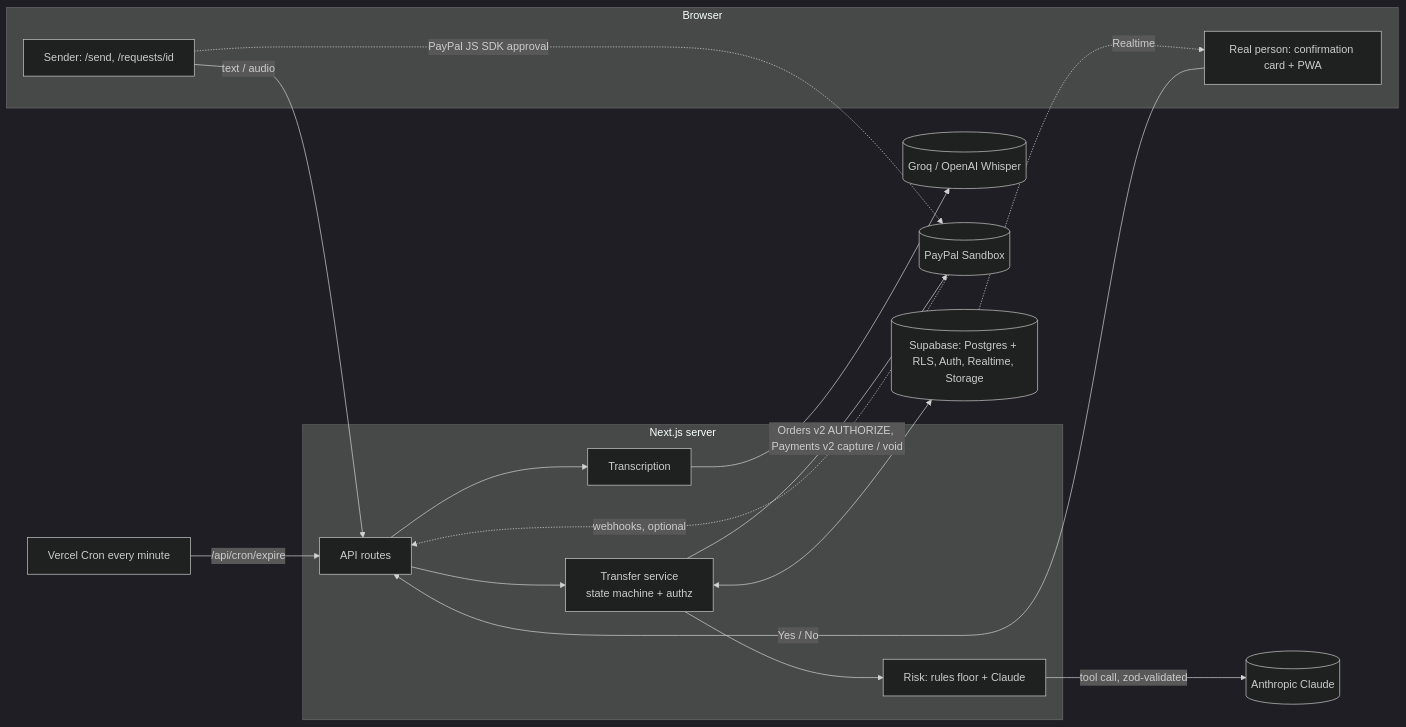
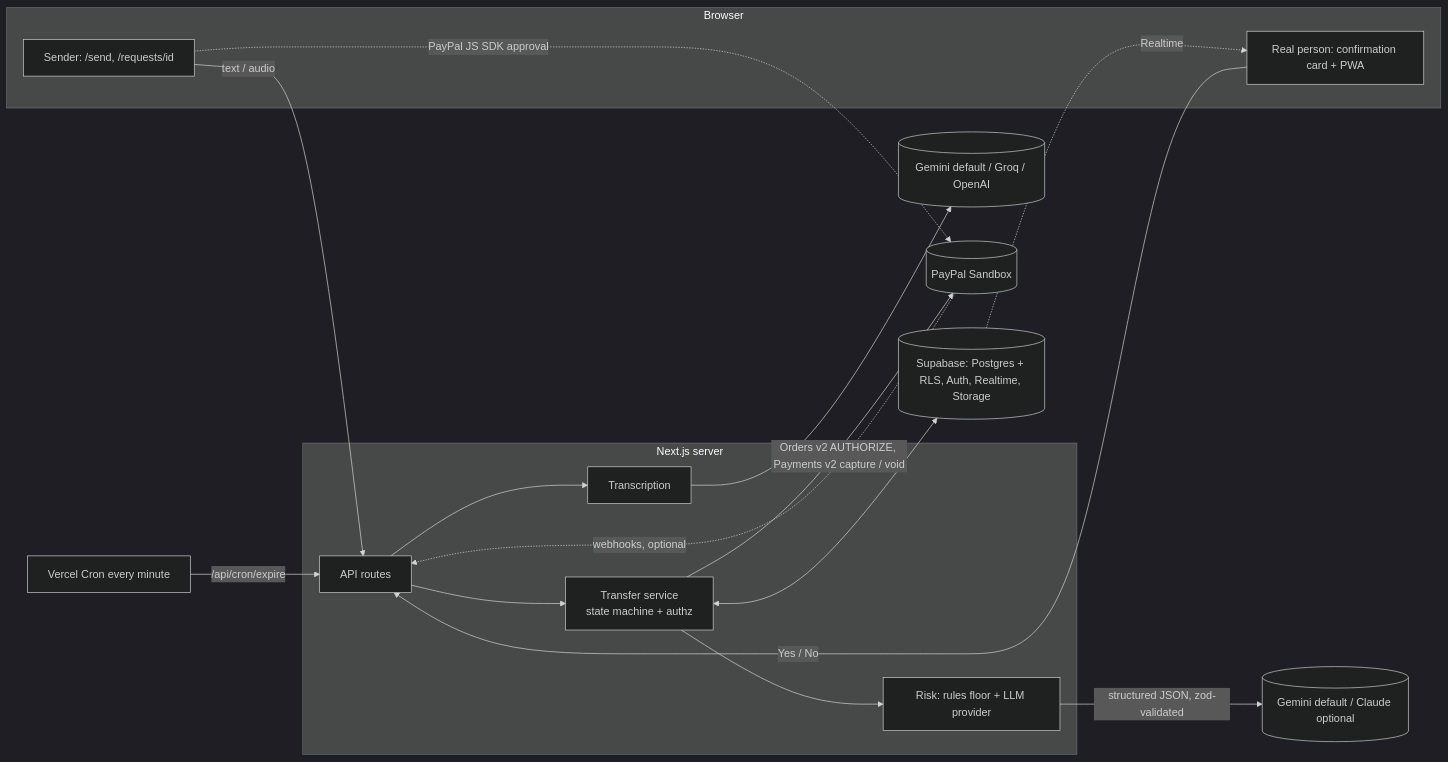
The diagram in README.md (breakthrough-child/kinproof), drawn with Mermaid (dark theme) before and after one commit. The commit also changed other lines of this file and 22 other files, not shown here.

First line of the commit message:
Provider-agnostic AI layer: Gemini (default) + Anthropic, Gemini transcription

````diff
--- a/README.md
+++ b/README.md
@@ -36,25 +36,25 @@
 ```mermaid
 flowchart LR
   subgraph Browser
     S[Sender: /send, /requests/id]
     R[Real person: confirmation card + PWA]
   end
   subgraph Next.js server
     API[API routes]
     SVC[Transfer service<br/>state machine + authz]
-    RISK[Risk: rules floor + Claude]
+    RISK[Risk: rules floor + LLM provider]
     STT[Transcription]
   end
   S -->|text / audio| API
   R -->|Yes / No| API
   API --> SVC
   SVC --> RISK
-  RISK -->|tool call, zod-validated| CLAUDE[(Anthropic Claude)]
-  API --> STT --> WHISPER[(Groq / OpenAI Whisper)]
+  RISK -->|structured JSON, zod-validated| LLM[(Gemini default / Claude optional)]
+  API --> STT --> STTP[(Gemini default / Groq / OpenAI)]
   SVC -->|Orders v2 AUTHORIZE, Payments v2 capture / void| PP[(PayPal Sandbox)]
   S -. PayPal JS SDK approval .-> PP
   PP -. webhooks, optional .-> API
   SVC <--> DB[(Supabase: Postgres + RLS, Auth, Realtime, Storage)]
   DB -. Realtime .-> R
   CRON[Vercel Cron every minute] -->|/api/cron/expire| API
 ```
````
